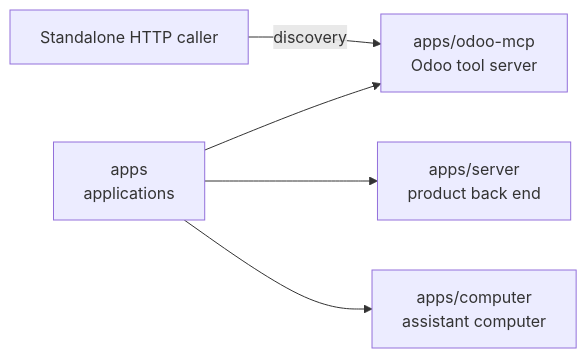
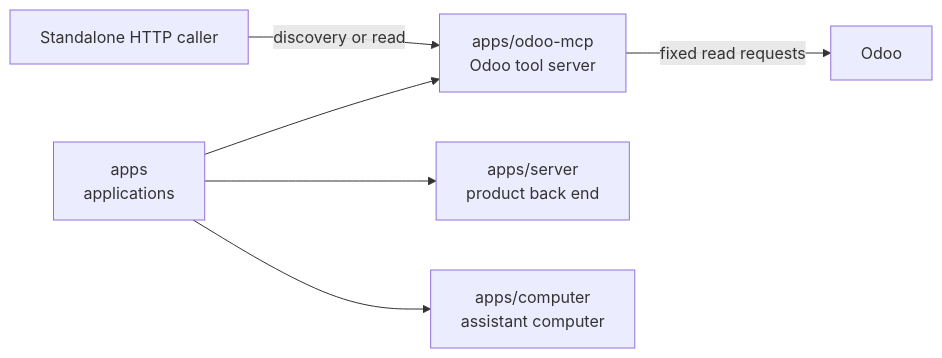
The diagram in apps/odoo-mcp/README.md (elewa-git/opencrane-new), drawn with Mermaid before and after one commit. The commit also changed other lines of this file and 9 other files, not shown here.

Commit message:
📖 Read bounded Odoo draft orders with per-request credentials

````diff
--- a/apps/odoo-mcp/README.md
+++ b/apps/odoo-mcp/README.md
@@ -16,7 +17,8 @@
 ```mermaid
 flowchart LR
   apps["apps<br/>applications"] --> adapter["apps/odoo-mcp<br/>Odoo tool server"]
   apps --> server["apps/server<br/>product back end"]
   apps --> computer["apps/computer<br/>assistant computer"]
-  caller["Standalone HTTP caller"] -->|discovery| adapter
+  caller["Standalone HTTP caller"] -->|discovery or read| adapter
+  adapter -->|fixed read requests| odoo["Odoo"]
 ```
````
